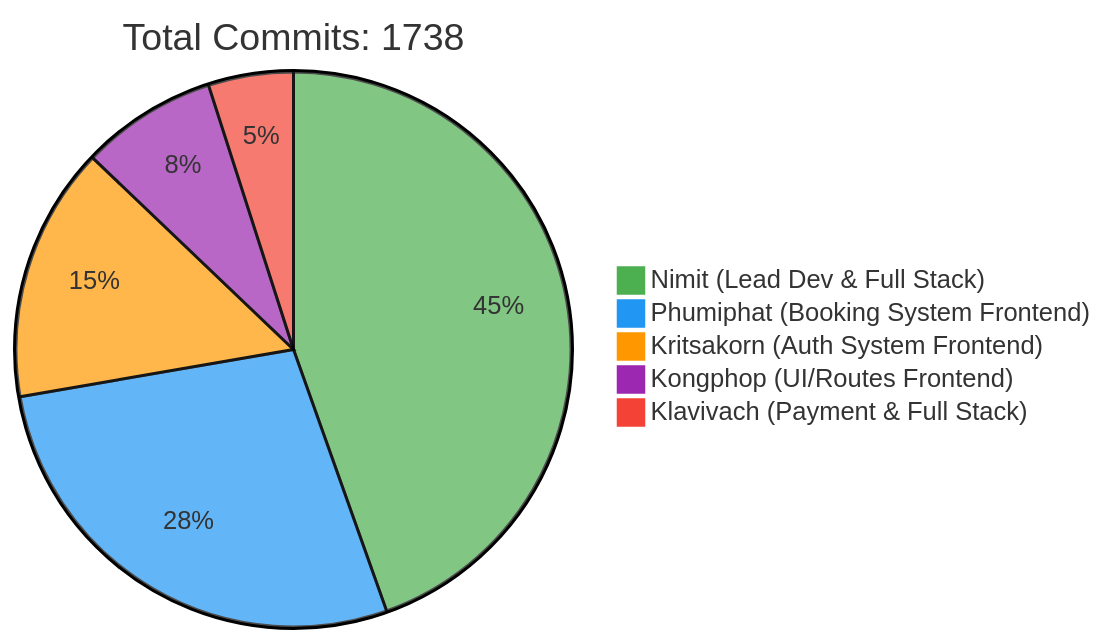
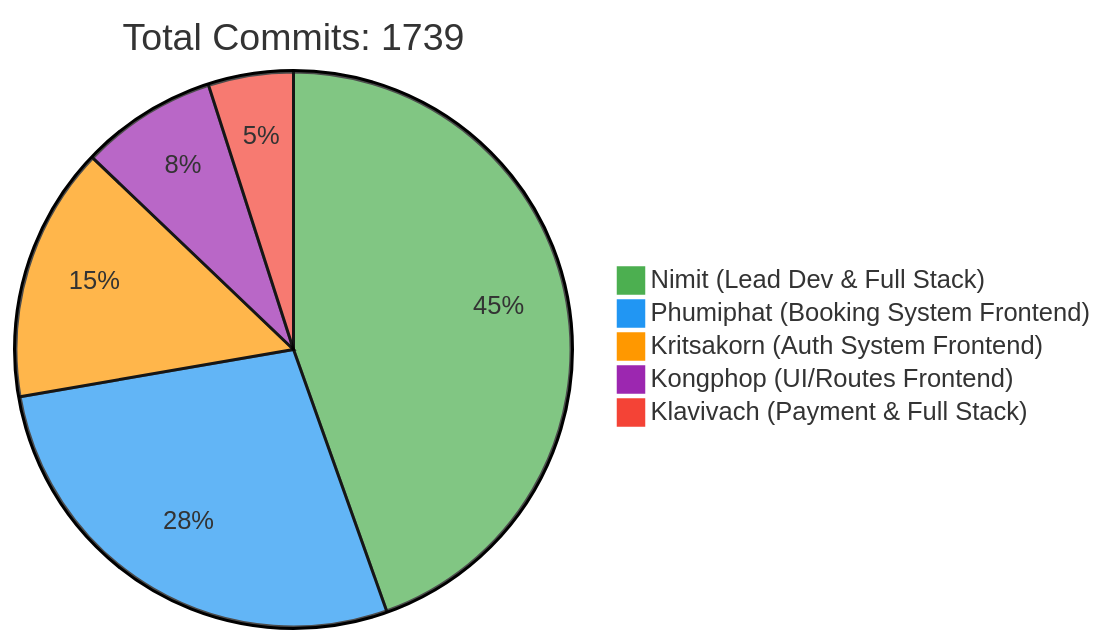
One commit to 6531503042/Sport-Complex changed the first of 2 diagrams in README.md. Above: the diagram before and after it, drawn with Mermaid. The commit also changed other lines of this file, not shown here.

Commit message:
docs: Update contributor statistics [skip ci]

````diff
--- a/README.md
+++ b/README.md
@@ -257,10 +257,10 @@
 ```mermaid
 %%{init: {'theme': 'base', 'themeVariables': { 'pie1': '#4CAF50', 'pie2': '#2196F3', 'pie3': '#FF9800', 'pie4': '#9C27B0', 'pie5': '#F44336'}}}%%
 pie
-    title Total Commits: 1738
+    title Total Commits: 1739
     "Nimit (Lead Dev & Full Stack)" : 450
     "Phumiphat (Booking System Frontend)" : 280
     "Kritsakorn (Auth System Frontend)" : 150
     "Kongphop (UI/Routes Frontend)" : 80
     "Klavivach (Payment & Full Stack)" : 50
 ```
````
